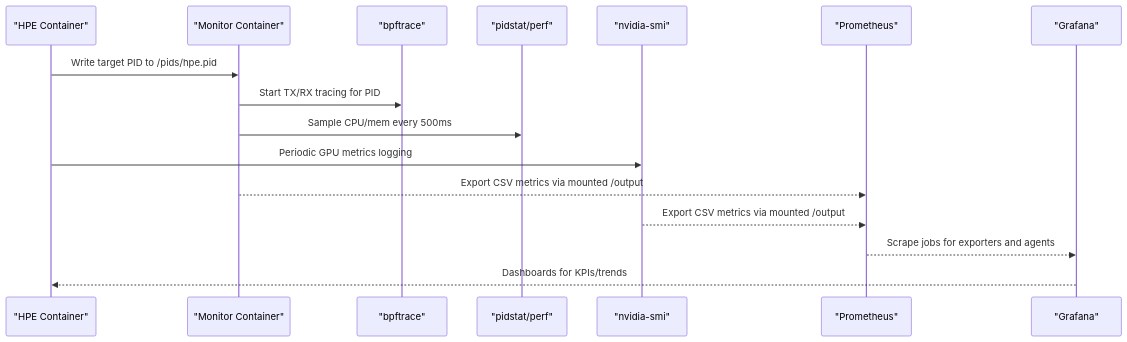
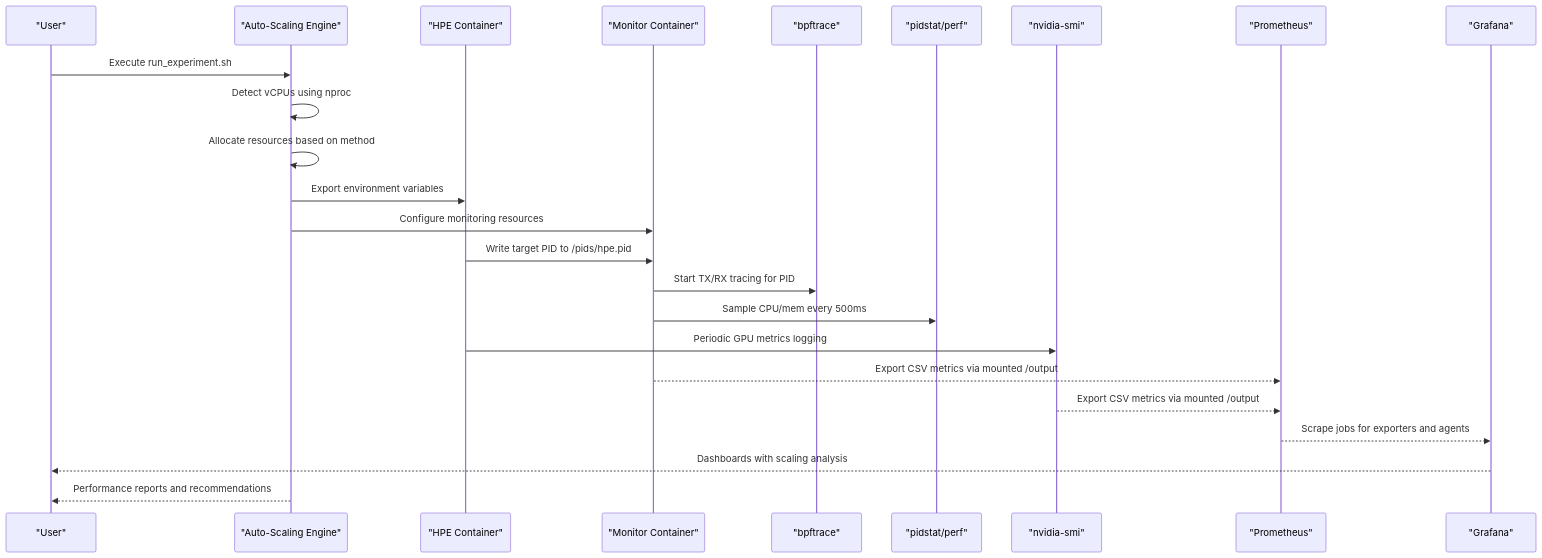
Before and after one commit to Fogus-Gr/MeasurementsDTs: the second of 10 diagrams in .qoder/repowiki/en/content/Monitoring and Analytics/Performance Monitoring.md, drawn with Mermaid. The commit also changed other lines of this file and 14 other files, not shown here.

````diff
--- a/.qoder/repowiki/en/content/Monitoring and Analytics/Performance Monitoring.md
+++ b/.qoder/repowiki/en/content/Monitoring and Analytics/Performance Monitoring.md
@@ -113,18 +146,26 @@
 ```mermaid
 sequenceDiagram
+participant User as "User"
+participant Scale as "Auto-Scaling Engine"
 participant HPE as "HPE Container"
 participant Mon as "Monitor Container"
 participant BPF as "bpftrace"
 participant PID as "pidstat/perf"
 participant NSMI as "nvidia-smi"
 participant Prom as "Prometheus"
 participant Graf as "Grafana"
+User->>Scale : Execute run_experiment.sh
+Scale->>Scale : Detect vCPUs using nproc
+Scale->>Scale : Allocate resources based on method
+Scale->>HPE : Export environment variables
+Scale->>Mon : Configure monitoring resources
 HPE->>Mon : Write target PID to /pids/hpe.pid
 Mon->>BPF : Start TX/RX tracing for PID
 Mon->>PID : Sample CPU/mem every 500ms
 HPE->>NSMI : Periodic GPU metrics logging
 Mon-->>Prom : Export CSV metrics via mounted /output
 NSMI-->>Prom : Export CSV metrics via mounted /output
 Prom-->>Graf : Scrape jobs for exporters and agents
-Graf-->>HPE : Dashboards for KPIs/trends
+Graf-->>User : Dashboards with scaling analysis
+Scale-->>User : Performance reports and recommendations
 ```
````
